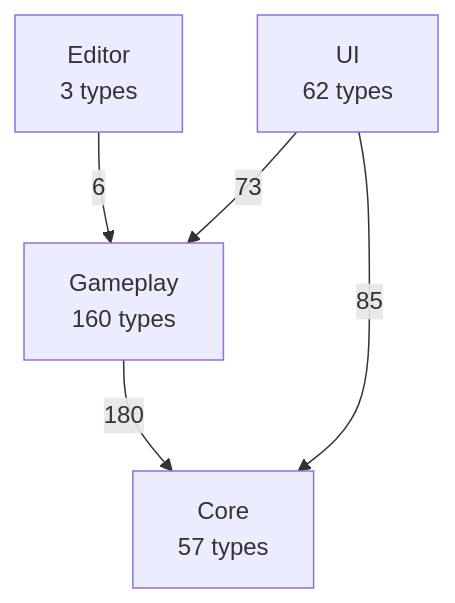
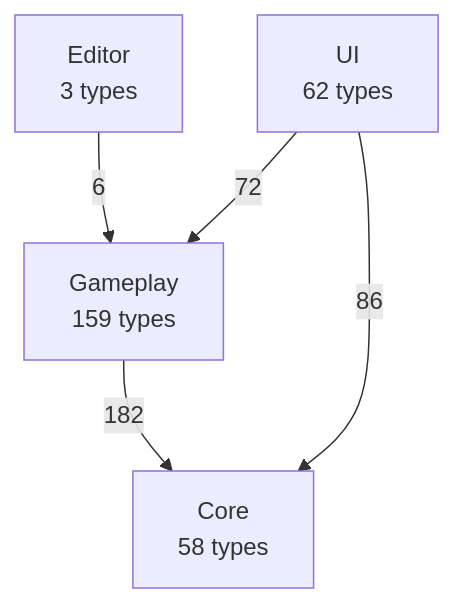
The first of 2 diagrams in docs/uml/00-overview.md (PhumipatWave/project-ocean), drawn with Mermaid before and after one commit. The commit also changed other lines of this file and 65 other files, not shown here.

````diff
--- a/docs/uml/00-overview.md
+++ b/docs/uml/00-overview.md
@@ -11,11 +11,11 @@
 ```mermaid
 flowchart TB
   Editor["Editor<br/>3 types"]
   UI["UI<br/>62 types"]
-  Gameplay["Gameplay<br/>160 types"]
-  Core["Core<br/>57 types"]
+  Gameplay["Gameplay<br/>159 types"]
+  Core["Core<br/>58 types"]
   Editor -->|6| Gameplay
-  Gameplay -->|180| Core
-  UI -->|85| Core
-  UI -->|73| Gameplay
+  Gameplay -->|182| Core
+  UI -->|86| Core
+  UI -->|72| Gameplay
 ```
````
